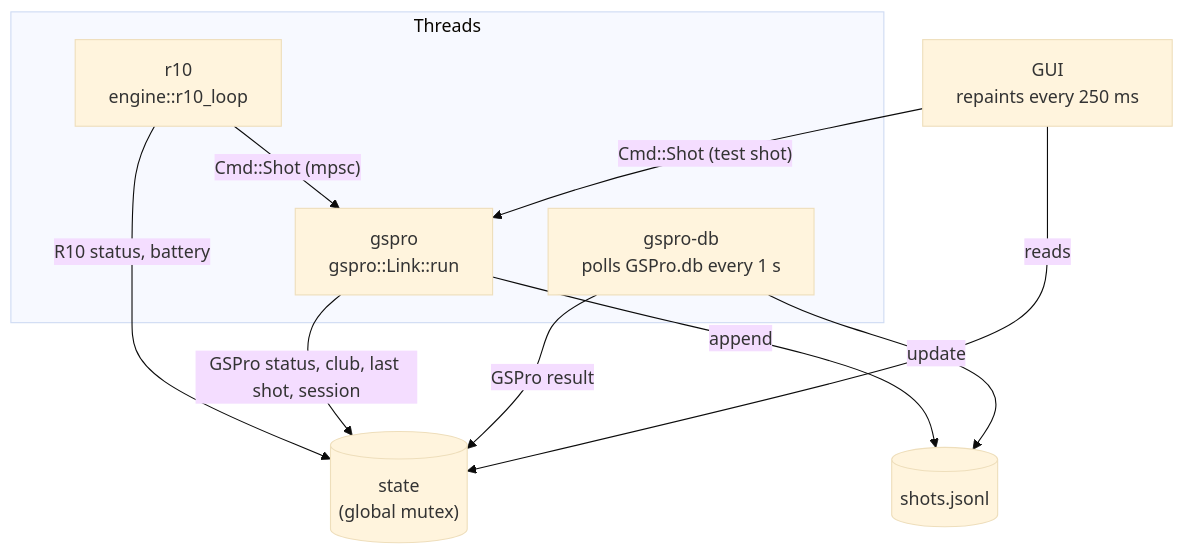
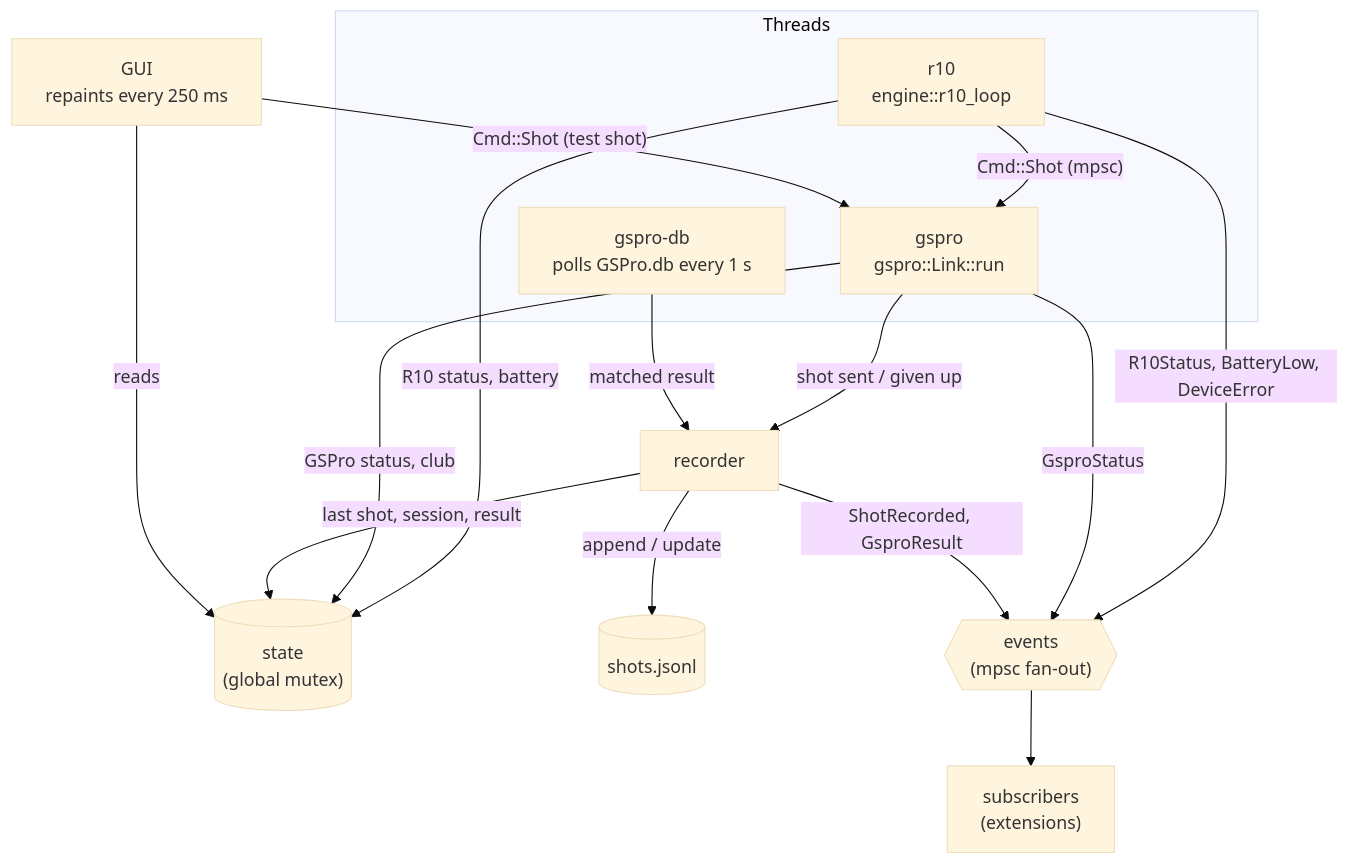
One commit to chgl42/golfsim-connect changed the second of 3 diagrams in docs/architecture.md. Above: the diagram before and after it, drawn with Mermaid (base theme). The commit also changed other lines of this file and 10 other files, not shown here.

````diff
--- a/docs/architecture.md
+++ b/docs/architecture.md
@@ -83,19 +85,27 @@
 ```mermaid
 flowchart TB
   subgraph threads["Threads"]
     R["r10<br/>engine::r10_loop"]
     G["gspro<br/>gspro::Link::run"]
     D["gspro-db<br/>polls GSPro.db every 1 s"]
   end
   UI["GUI<br/>repaints every 250 ms"]
   S[("state<br/>(global mutex)")]
   H[("shots.jsonl")]
+  REC["recorder"]
+  EV{{"events<br/>(mpsc fan-out)"}}
+  SUB["subscribers<br/>(extensions)"]
   R -- "Cmd::Shot (mpsc)" --> G
   R -- "R10 status, battery" --> S
-  G -- "GSPro status, club, last shot, session" --> S
-  G -- "append" --> H
-  D -- "GSPro result" --> S
-  D -- "update" --> H
+  G -- "GSPro status, club" --> S
+  G -- "shot sent / given up" --> REC
+  D -- "matched result" --> REC
+  REC -- "last shot, session, result" --> S
+  REC -- "append / update" --> H
+  R -- "R10Status, BatteryLow, DeviceError" --> EV
+  G -- "GsproStatus" --> EV
+  REC -- "ShotRecorded, GsproResult" --> EV
+  EV --> SUB
   UI -- "reads" --> S
   UI -- "Cmd::Shot (test shot)" --> G
 ```
````
